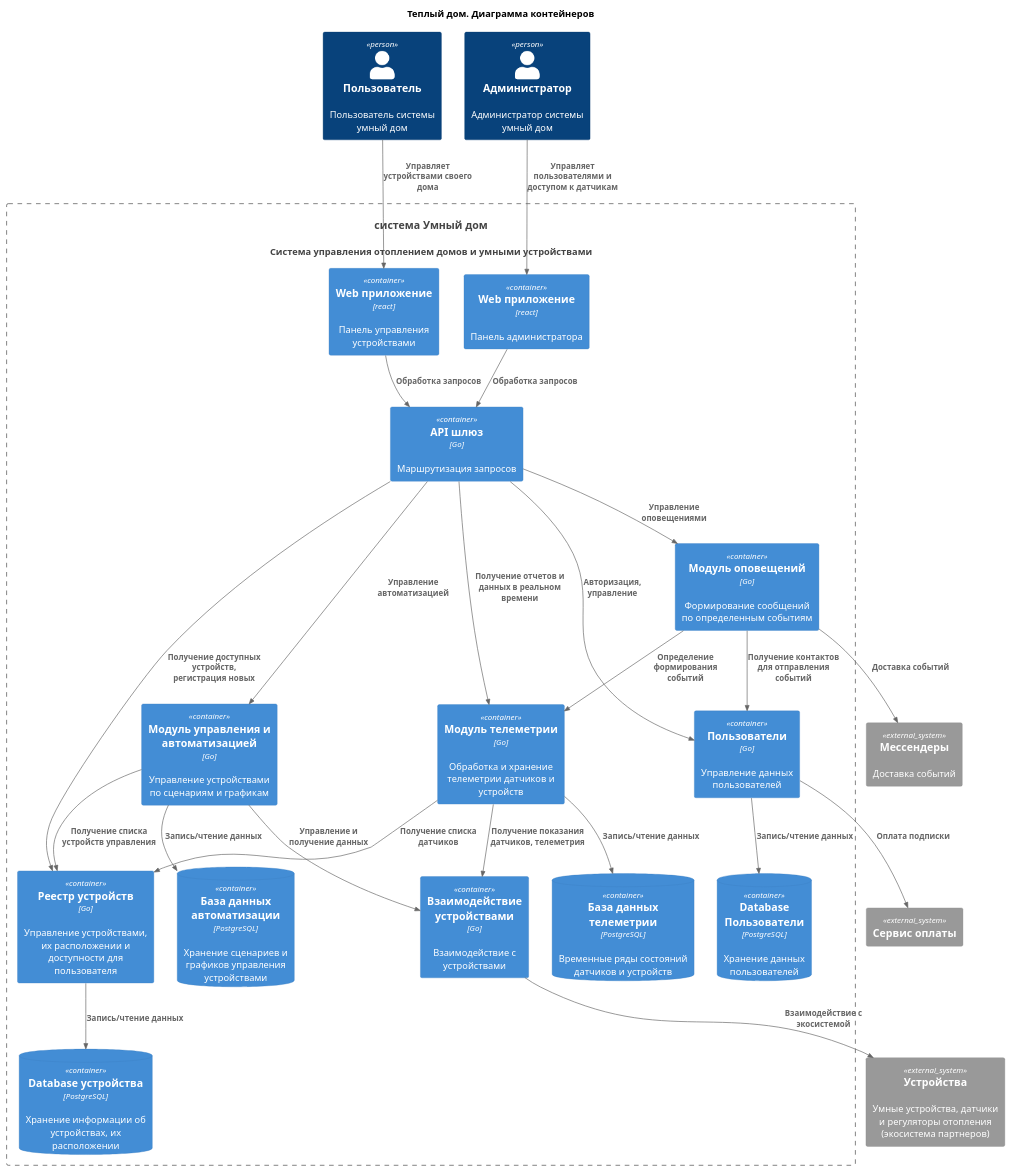
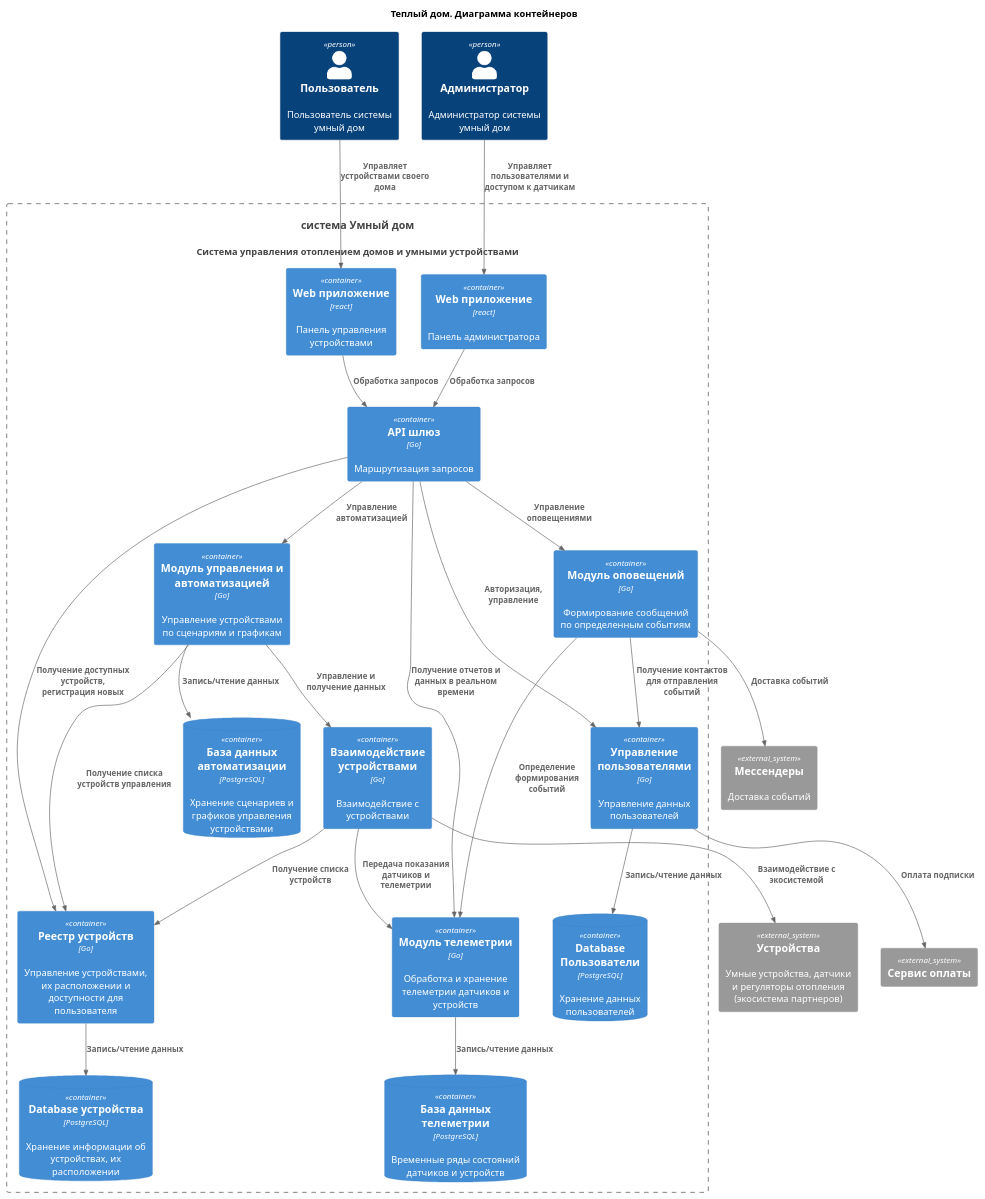
Before and after one commit to binaril/architecture-warmhouse: the diagram in diagrams/C4.Containers.puml, drawn with PlantUML.

Commit message:
фиксируем схему контейнеров

```diff
--- a/diagrams/C4.Containers.puml
+++ b/diagrams/C4.Containers.puml
@@ -1,57 +1,57 @@
 @startuml
 title Теплый дом. Диаграмма контейнеров
 
 top to bottom direction
 
 !includeurl https://raw.githubusercontent.com/RicardoNiepel/C4-PlantUML/master/C4_Component.puml
 
 Person(user, "Пользователь", "Пользователь системы умный дом")
 Person(admin, "Администратор", "Администратор системы умный дом")
 System(SmartHouse, "система Умный дом", "Система управления отоплением домов и умными устройствами")
 
 Container_Boundary(SmartHouse, "FitLife System") {
   Container(WebApp, "Web приложение", "react", "Панель управления устройствами")
   Container(WebAppAdmin, "Web приложение", "react", "Панель администратора")
   Container(GateWay, "API шлюз", "Go", "Маршрутизация запросов")
-  Container(UserAccess, "Пользователи", "Go", "Управление данных пользователей")
+  Container(UserAccess, "Управление пользователями", "Go", "Управление данных пользователей")
   ContainerDb(UserAccessDb, "Database Пользователи", "PostgreSQL", "Хранение данных пользователей")
   Container(DeviceRepository, "Реестр устройств", "Go", "Управление устройствами, их расположении и доступности для пользователя")
   ContainerDb(DeviceRepositoryDb, "Database устройства", "PostgreSQL", "Хранение информации об устройствах, их расположении")
   Container(Automatic, "Модуль управления и автоматизацией", "Go", "Управление устройствами по сценариям и графикам")
   ContainerDb(AutomaticDb, "База данных автоматизации", "PostgreSQL", "Хранение сценариев и графиков управления устройствами")
   Container(DeviceControl, "Взаимодействие устройствами", "Go", "Взаимодействие с устройствами")
   Container(Telemetry, "Модуль телеметрии", "Go", "Обработка и хранение телеметрии датчиков и устройств")
   Container(Notification, "Модуль оповещений", "Go", "Формирование сообщений по определенным событиям")
   ContainerDb(TelemetryDatabase, "База данных телеметрии", "PostgreSQL", "Временные ряды состояний датчиков и устройств")
 }
 
 System_Ext(PaidService, "Сервис оплаты", "")
 System_Ext(SmartDevice, "Устройства", "Умные устройства, датчики и регуляторы отопления (экосистема партнеров)")
 System_Ext(Messengers, "Мессендеры", "Доставка событий")
 
 
 Rel(user, WebApp, "Управляет устройствами своего дома")
 Rel(admin, WebAppAdmin,"Управляет пользователями и доступом к датчикам")
 
 Rel(WebApp, GateWay, "Обработка запросов")
 Rel(WebAppAdmin, GateWay, "Обработка запросов")
 
 Rel(GateWay, UserAccess, "Авторизация, управление")
 Rel(UserAccess, UserAccessDb, "Запись/чтение данных")
 Rel(GateWay, Telemetry, "Получение отчетов и данных в реальном времени")
 Rel(GateWay, Automatic, "Управление автоматизацией")
 Rel(GateWay, Notification, "Управление оповещениями")
 Rel(Automatic, AutomaticDb, "Запись/чтение данных")
 Rel(GateWay, DeviceRepository, "Получение доступных устройств, регистрация новых")
 Rel(Automatic, DeviceRepository, "Получение списка устройств управления")
-Rel(Telemetry, DeviceRepository, "Получение списка датчиков")
+Rel(DeviceControl, DeviceRepository, "Получение списка устройств")
 Rel(DeviceRepository, DeviceRepositoryDb, "Запись/чтение данных")
 Rel(Automatic, DeviceControl, "Управление и получение данных")
 Rel(Telemetry,TelemetryDatabase,"Запись/чтение данных")
-Rel(Telemetry, DeviceControl, "Получение показания датчиков, телеметрия")
+Rel(DeviceControl, Telemetry, "Передача показания датчиков и телеметрии")
 Rel(Notification, Telemetry, "Определение формирования событий")
 Rel(Notification, Messengers, "Доставка событий")
 Rel(Notification, UserAccess, "Получение контактов для отправления событий")
 Rel(DeviceControl,SmartDevice,"Взаимодействие с экосистемой")
 Rel(UserAccess, PaidService, "Оплата подписки")
 @enduml
```
